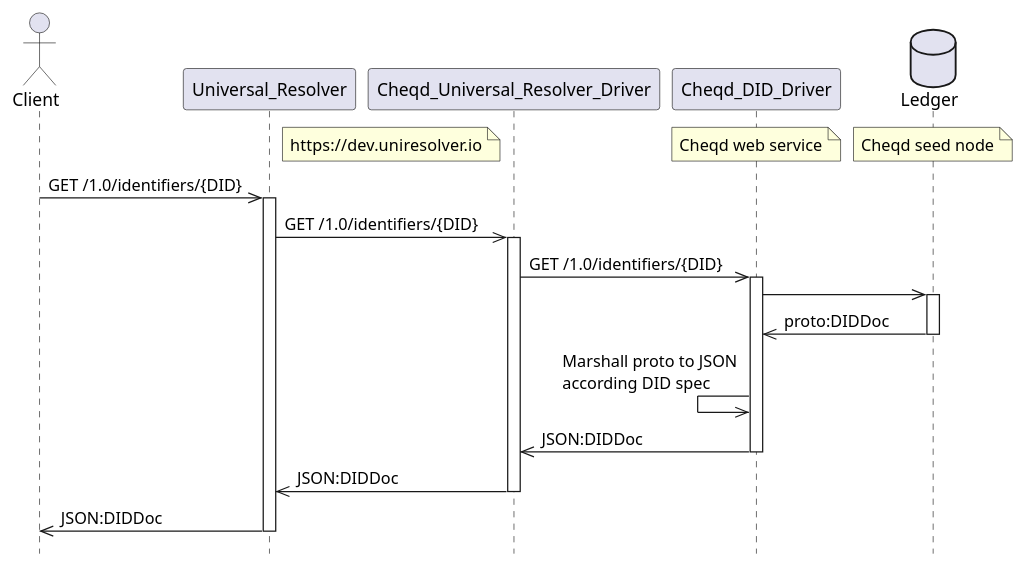
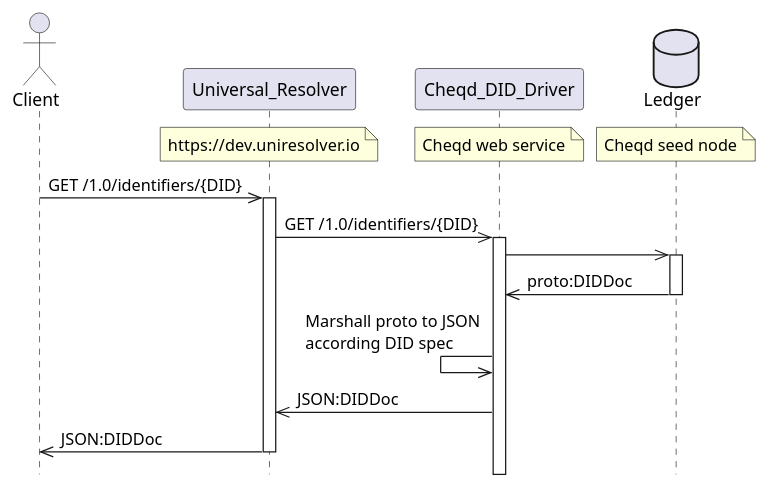
One commit to cheqd/cheqd-node changed the diagram in architecture/adr-list/assets/adr-010-DID-resolver-diagram.puml. Above: the diagram before and after it, drawn with PlantUML. The commit also changed 4 other files, not shown here.

Commit message:
DEV-1061: Update DID resolver ADR and diagrams

```diff
--- a/architecture/adr-list/assets/adr-010-DID-resolver-diagram.puml
+++ b/architecture/adr-list/assets/adr-010-DID-resolver-diagram.puml
@@ -1,54 +1,47 @@
 @startuml
 !pragma teoz true
 hide footbox
 
 actor Client
 participant Universal_Resolver
-participant Cheqd_Universal_Resolver_Driver
 participant Cheqd_DID_Driver
 database Ledger
 
 
-note over Universal_Resolver, Cheqd_Universal_Resolver_Driver
+note over Universal_Resolver
     https://dev.uniresolver.io
 end note
 
 / note over Cheqd_DID_Driver
     Cheqd web service
 end note
 
 / note over Ledger
     Cheqd seed node
 end note
 
 
 
 Client ->>  Universal_Resolver: GET /1.0/identifiers/{DID}
 Activate Universal_Resolver
-Universal_Resolver ->> Cheqd_Universal_Resolver_Driver: GET /1.0/identifiers/{DID}
-
-Activate Cheqd_Universal_Resolver_Driver
-Cheqd_Universal_Resolver_Driver ->> Cheqd_DID_Driver: GET /1.0/identifiers/{DID}
+Universal_Resolver ->> Cheqd_DID_Driver: GET /1.0/identifiers/{DID}
 
 Activate Cheqd_DID_Driver
 Cheqd_DID_Driver ->> Ledger
 
 Activate Ledger
 Cheqd_DID_Driver <<- Ledger: proto:DIDDoc
 
 Deactivate Ledger
 Cheqd_DID_Driver <<- Cheqd_DID_Driver: Marshall proto to JSON \naccording DID spec
 
-Cheqd_Universal_Resolver_Driver <<- Cheqd_DID_Driver: JSON:DIDDoc
-Deactivate Cheqd_DID_Driver
+Universal_Resolver <<- Cheqd_DID_Driver: JSON:DIDDoc
 
 
 Deactivate Ledger
-Universal_Resolver <<- Cheqd_Universal_Resolver_Driver: JSON:DIDDoc
-Deactivate Cheqd_Universal_Resolver_Driver
 
 Client <<- Universal_Resolver: JSON:DIDDoc
 Deactivate Universal_Resolver
 
 
 @enduml
```
